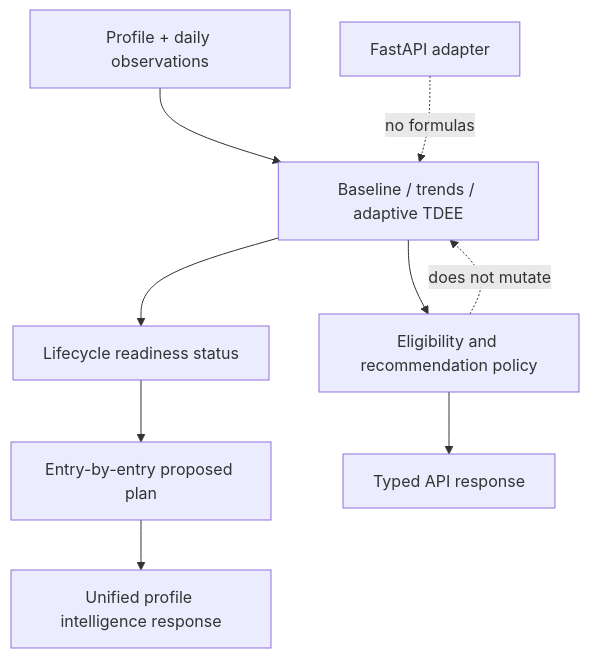
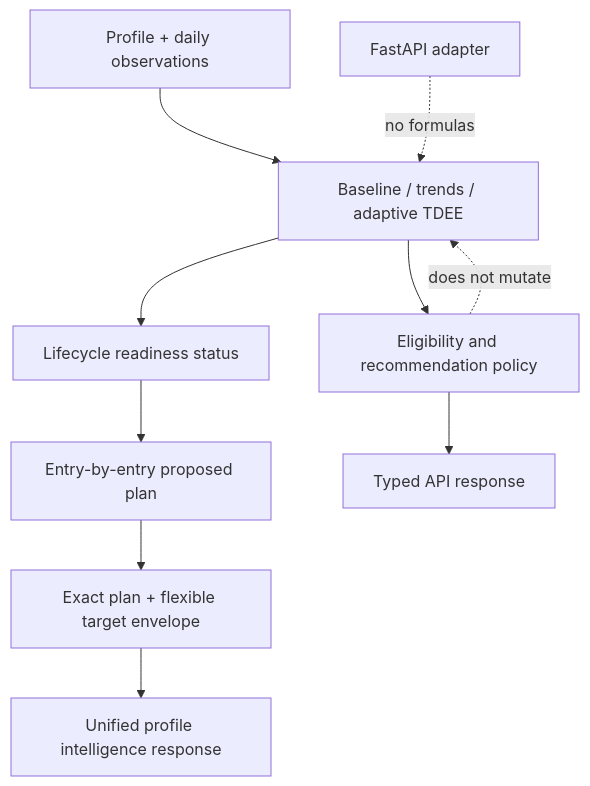
One commit to aristostheo/fitadapt changed the first of 2 diagrams in README.md. Above: the diagram before and after it, drawn with Mermaid. The commit also changed other lines of this file and 22 other files, not shown here.

````diff
--- a/README.md
+++ b/README.md
@@ -38,11 +38,12 @@
 ```mermaid
 flowchart TD
     P[Profile + daily observations] --> B[Baseline / trends / adaptive TDEE]
     B --> L[Lifecycle readiness status]
     L --> Q[Entry-by-entry proposed plan]
-    Q --> U[Unified profile intelligence response]
+    Q --> N[Exact plan + flexible target envelope]
+    N --> U[Unified profile intelligence response]
     B --> E[Eligibility and recommendation policy]
     E --> A[Typed API response]
     F[FastAPI adapter] -. no formulas .-> B
     E -. does not mutate .-> B
 ```
````
